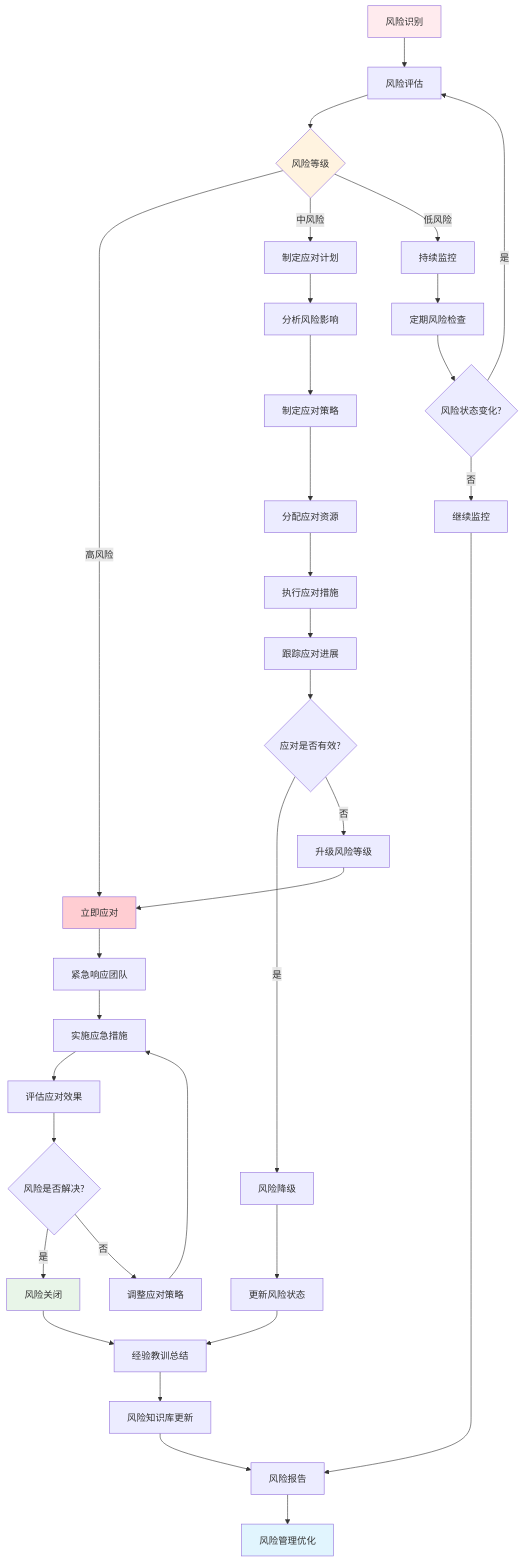
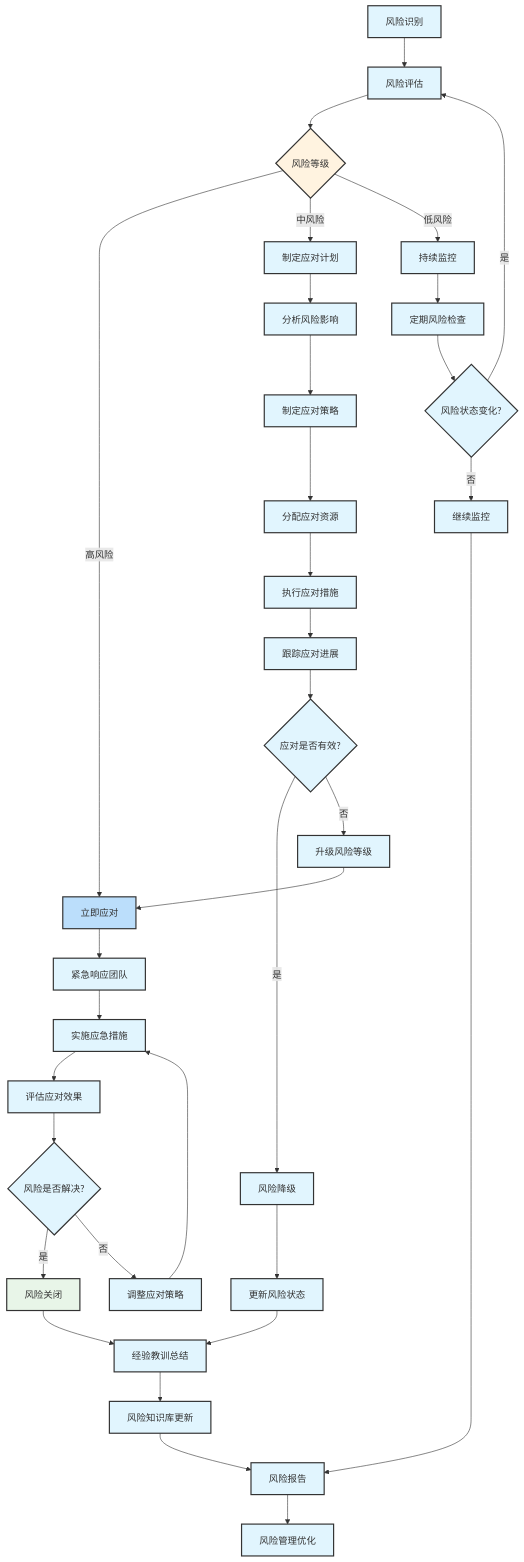
One commit to Coldplay-now/ai-ide-guide-core changed the ninth of 11 diagrams in docs/assets/diagrams/process-sequence-diagrams.md. Above: the diagram before and after it, drawn with Mermaid. The commit also changed other lines of this file and 148 other files, not shown here.

````diff
--- a/docs/assets/diagrams/process-sequence-diagrams.md
+++ b/docs/assets/diagrams/process-sequence-diagrams.md
@@ -451,50 +436,45 @@
 ```mermaid
 flowchart TD
     A[风险识别] --> B[风险评估]
     B --> C{风险等级}
-    
     C -->|高风险| D[立即应对]
     C -->|中风险| E[制定应对计划]
     C -->|低风险| F[持续监控]
-    
     D --> G[紧急响应团队]
     G --> H[实施应急措施]
     H --> I[评估应对效果]
-    
     E --> J[分析风险影响]
     J --> K[制定应对策略]
     K --> L[分配应对资源]
     L --> M[执行应对措施]
     M --> N[跟踪应对进展]
-    
     F --> O[定期风险检查]
     O --> P{风险状态变化?}
     P -->|是| B
     P -->|否| Q[继续监控]
-    
     I --> R{风险是否解决?}
     R -->|是| S[风险关闭]
     R -->|否| T[调整应对策略]
     T --> H
-    
     N --> U{应对是否有效?}
     U -->|是| V[风险降级]
     U -->|否| W[升级风险等级]
     W --> D
-    
     V --> X[更新风险状态]
     S --> Y[经验教训总结]
     X --> Y
     Y --> Z[风险知识库更新]
-    
     Q --> AA[风险报告]
     Z --> AA
     AA --> BB[风险管理优化]
-    
-    style A fill:#ffebee
+    style A fill:#e1f5fe
     style C fill:#fff3e0
-    style D fill:#ffcdd2
+    style D fill:#bbdefb
     style S fill:#e8f5e8
     style BB fill:#e1f5fe
-
+%% Standard styling
+classDef default fill:#e1f5fe,stroke:#333,stroke-width:2px
+classDef highlight fill:#bbdefb,stroke:#333,stroke-width:3px
+classDef process fill:#90caf9,stroke:#333,stroke-width:2px
+classDef decision fill:#64b5f6,stroke:#333,stroke-width:2px
 ```
````
